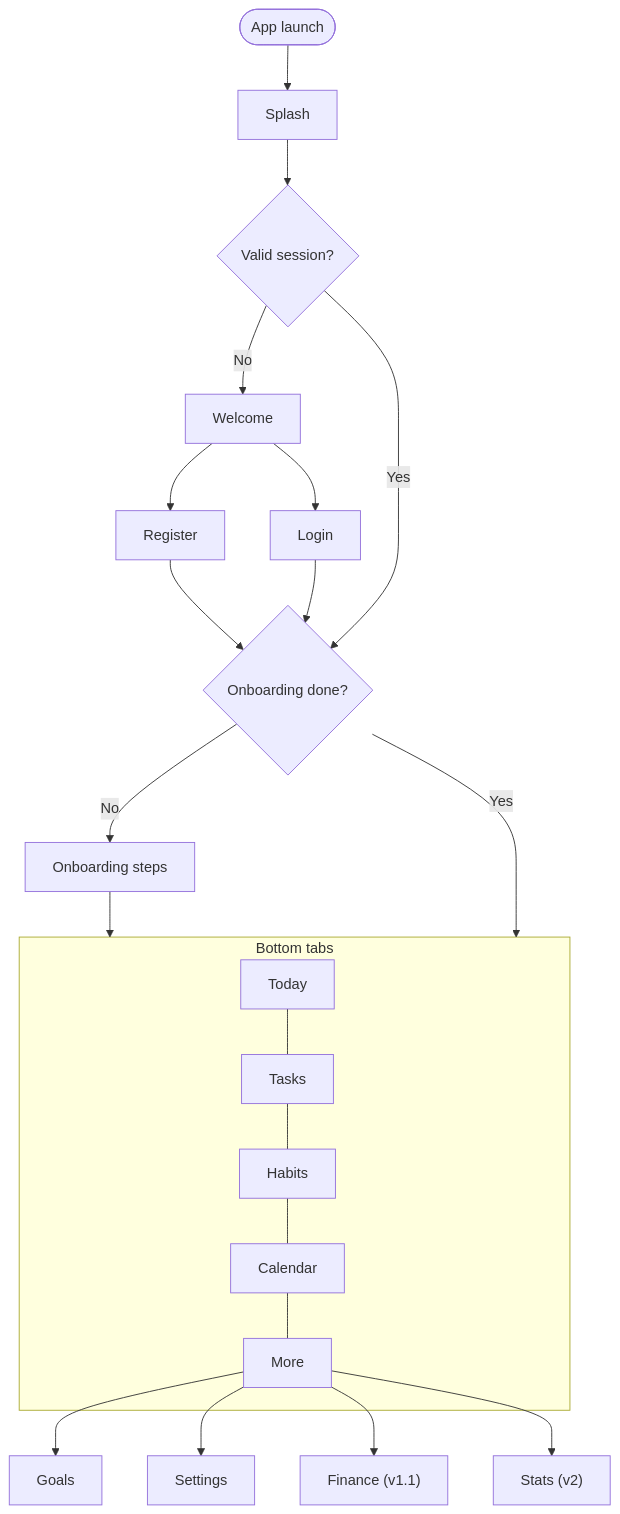
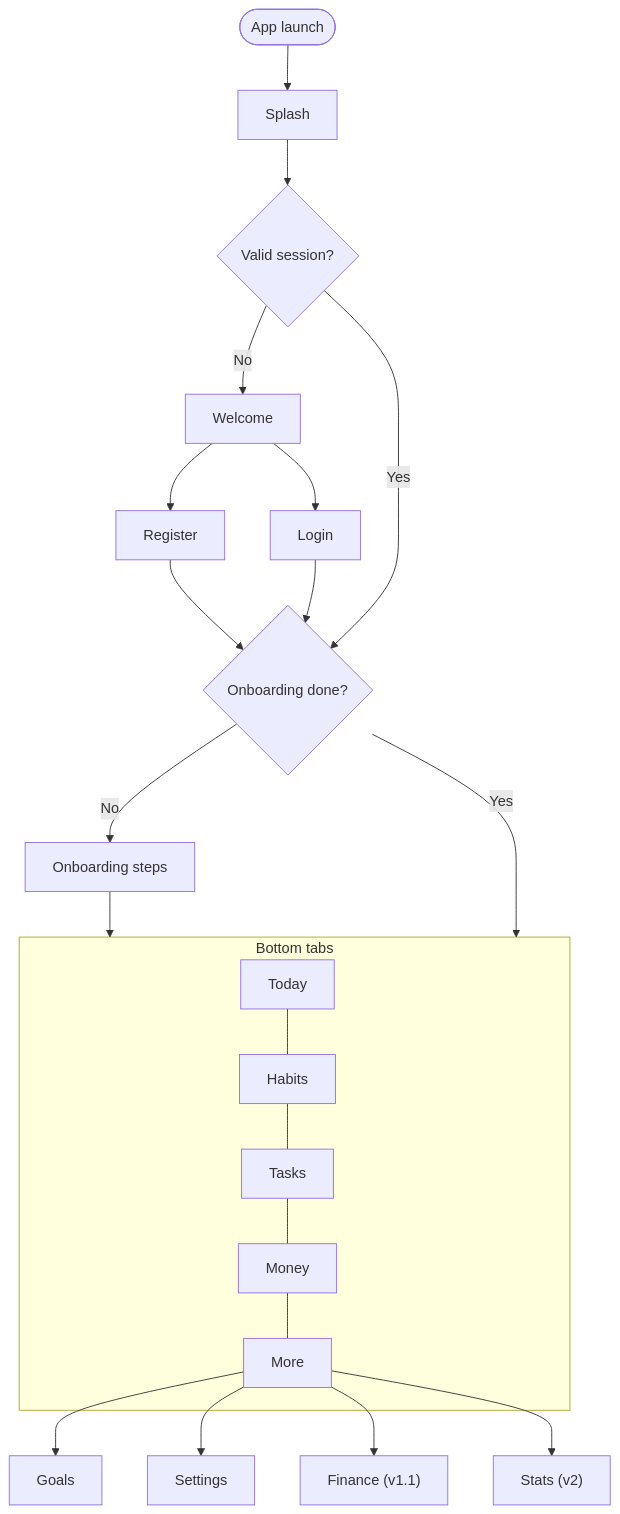
Before and after one commit to tina-codertz/life-os: the first of 3 diagrams in docs/03-USER-FLOWS.md, drawn with Mermaid. The commit also changed other lines of this file and 9 other files, not shown here.

Commit message:
fix(mobile): tab bar in the design's order with Money; Calendar opens from Habits

````diff
--- a/docs/03-USER-FLOWS.md
+++ b/docs/03-USER-FLOWS.md
@@ -65,15 +67,15 @@
 ```mermaid
 flowchart TD
   Start([App launch]) --> Splash
   Splash --> Gate{Valid session?}
   Gate -- No --> Welcome --> Login & Register
   Register --> Onb{Onboarding done?}
   Login --> Onb
   Gate -- Yes --> Onb
   Onb -- No --> Onboarding[Onboarding steps] --> Tabs
   Onb -- Yes --> Tabs
   subgraph Tabs[Bottom tabs]
-    Today --- Tasks --- Habits --- Calendar --- More
+    Today --- Habits --- Tasks --- Money --- More
   end
   More --> Goals & Settings & Finance["Finance (v1.1)"] & Stats["Stats (v2)"]
 ```
````
